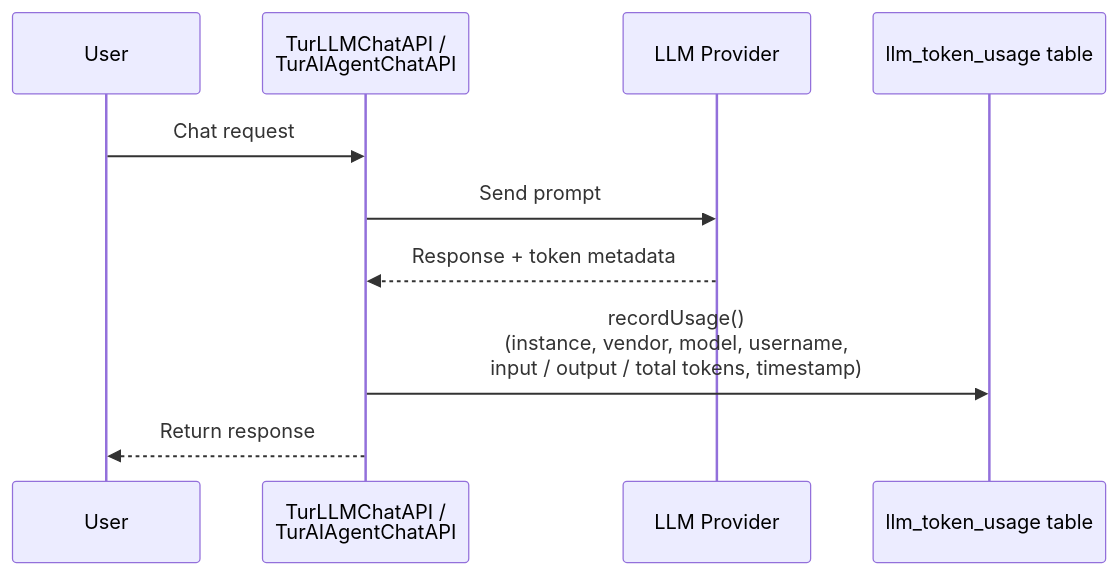
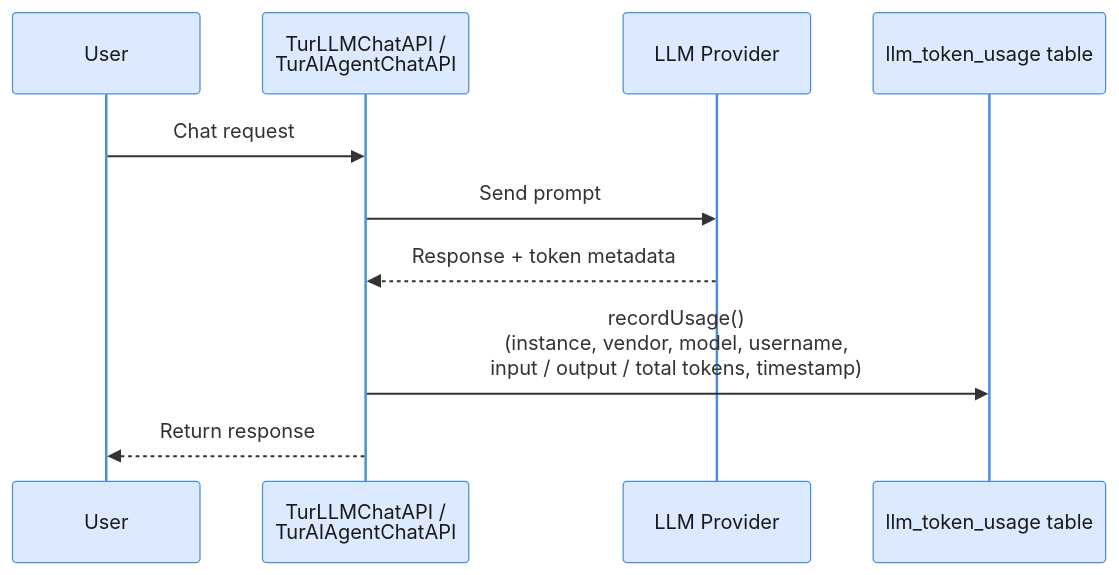
The diagram in docs-turing/token-usage.md (openviglet/docs), drawn with Mermaid before and after one commit. The commit also changed 49 other files, not shown here.

First line of the commit message:
Standardize Mermaid diagrams and conventions

````diff
--- a/docs-turing/token-usage.md
+++ b/docs-turing/token-usage.md
@@ -85,13 +85,14 @@
 ```mermaid
+%%{init: {'theme': 'base', 'themeVariables': {'fontSize': '13px', 'actorBkg': '#dbeafe', 'actorBorder': '#4A90D9', 'actorTextColor': '#1a1a1a', 'activationBkgColor': '#ede9fe', 'activationBorderColor': '#9B6EC5', 'labelBoxBkgColor': '#fef3c7', 'labelBoxBorderColor': '#E8A838', 'labelTextColor': '#1a1a1a', 'noteBkgColor': '#dcfce7', 'noteBorderColor': '#50B86C', 'noteTextColor': '#1a1a1a', 'signalColor': '#333', 'signalTextColor': '#333'}}}%%
 sequenceDiagram
     participant User
     participant API as TurLLMChatAPI /<br/>TurAIAgentChatAPI
     participant LLM as LLM Provider
     participant DB as llm_token_usage table
 
     User->>API: Chat request
     API->>LLM: Send prompt
     LLM-->>API: Response + token metadata
     API->>DB: recordUsage()<br/>(instance, vendor, model, username,<br/>input / output / total tokens, timestamp)
     API-->>User: Return response
 ```
````
